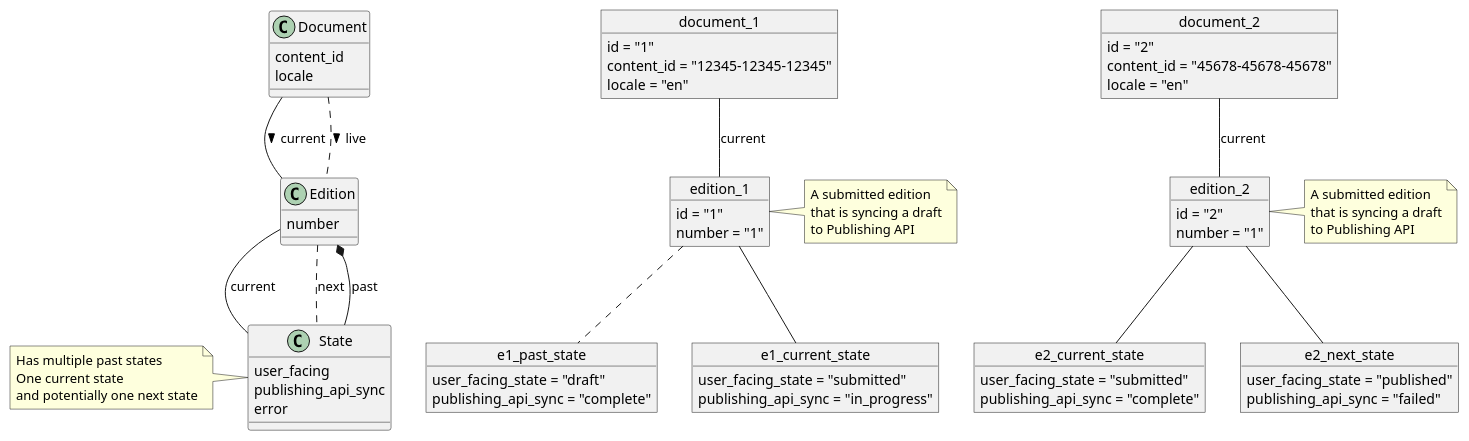
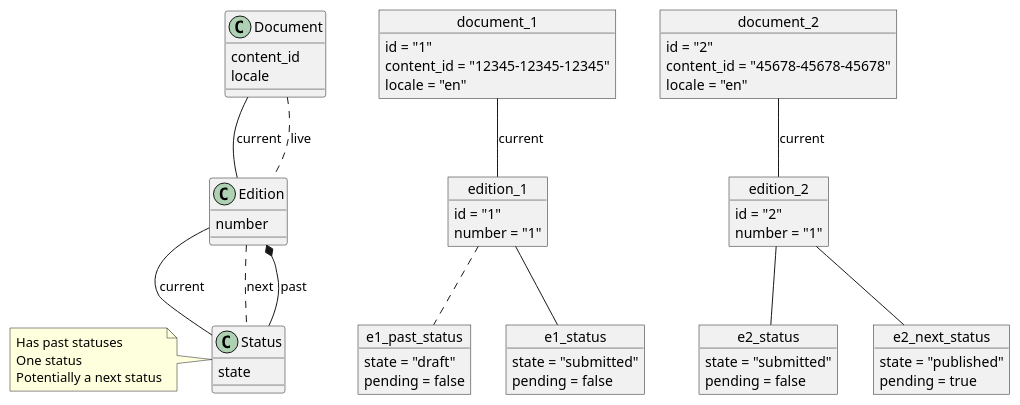
Before and after one commit to alphagov/content-publisher: the diagram in docs/adr/000x/state-diagram.plantuml, drawn with PlantUML. The commit also changed 14 other files, not shown here.

```diff
--- a/docs/adr/000x/state-diagram.plantuml
+++ b/docs/adr/000x/state-diagram.plantuml
@@ -1,89 +1,75 @@
 @startuml
 class Document {
   content_id
   locale
 }
 
 class Edition {
   number
 }
 
-class State {
-  user_facing
-  publishing_api_sync
-  error
+class Status {
+  state
 }
 
 note left
-  Has multiple past states
-  One current state
-  and potentially one next state
+  Has past statuses
+  One status
+  Potentially a next status
 end note
 
-Document -- Edition : current >
-Document .. Edition : live >
-Edition -- State : current
-Edition .. State : next
-Edition *-- State : past
+Document -- Edition : current
+Document .. Edition : live
+Edition -- Status : current
+Edition .. Status : next
+Edition *-- Status : past
 
 object document_1 {
   id = "1"
   content_id = "12345-12345-12345"
   locale = "en"
 }
 
 object edition_1 {
   id = "1"
   number = "1"
 }
-note right
-  A submitted edition
-  that is syncing a draft
-  to Publishing API
-end note
 
-object e1_past_state {
-  user_facing_state = "draft"
-  publishing_api_sync = "complete"
+object e1_past_status {
+  state = "draft"
+  pending = false
 }
 
-object e1_current_state {
-  user_facing_state = "submitted"
-  publishing_api_sync = "in_progress"
+object e1_status {
+  state = "submitted"
+  pending = false
 }
 
 object document_2 {
   id = "2"
   content_id = "45678-45678-45678"
   locale = "en"
 }
 
 object edition_2 {
   id = "2"
   number = "1"
 }
 
-note right
-  A submitted edition
-  that is syncing a draft
-  to Publishing API
-end note
-
-object e2_current_state {
-  user_facing_state = "submitted"
-  publishing_api_sync = "complete"
+object e2_status {
+  state = "submitted"
+  pending = false
 }
 
-object e2_next_state {
-  user_facing_state = "published"
-  publishing_api_sync = "failed"
+object e2_next_status {
+  state = "published"
+  pending = true
 }
 
-
 document_1 -- edition_1: current
-edition_1 .. e1_past_state
-edition_1 -- e1_current_state
+edition_1 .. e1_past_status
+edition_1 -- e1_status
 document_2 -- edition_2: current
-edition_2 -- e2_current_state
-edition_2 -- e2_next_state
+edition_2 -- e2_status
+edition_2 -- e2_next_status
 @enduml
```
